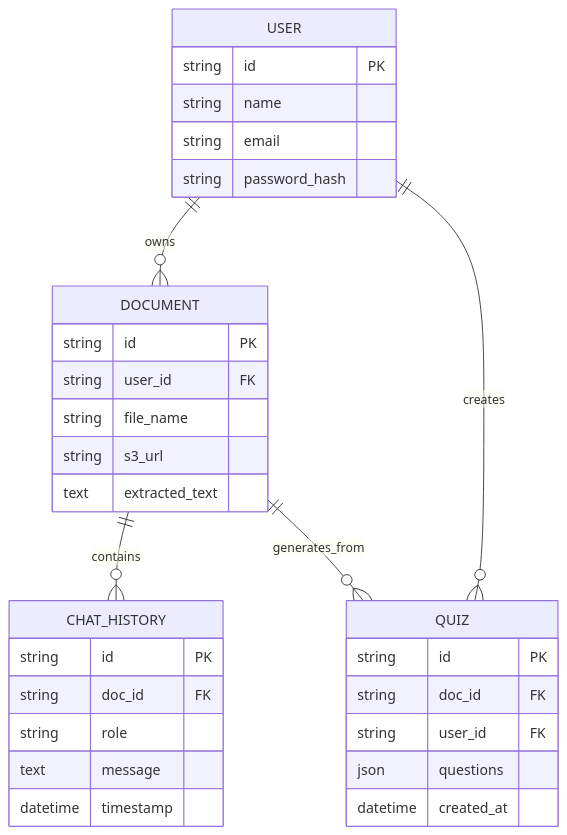
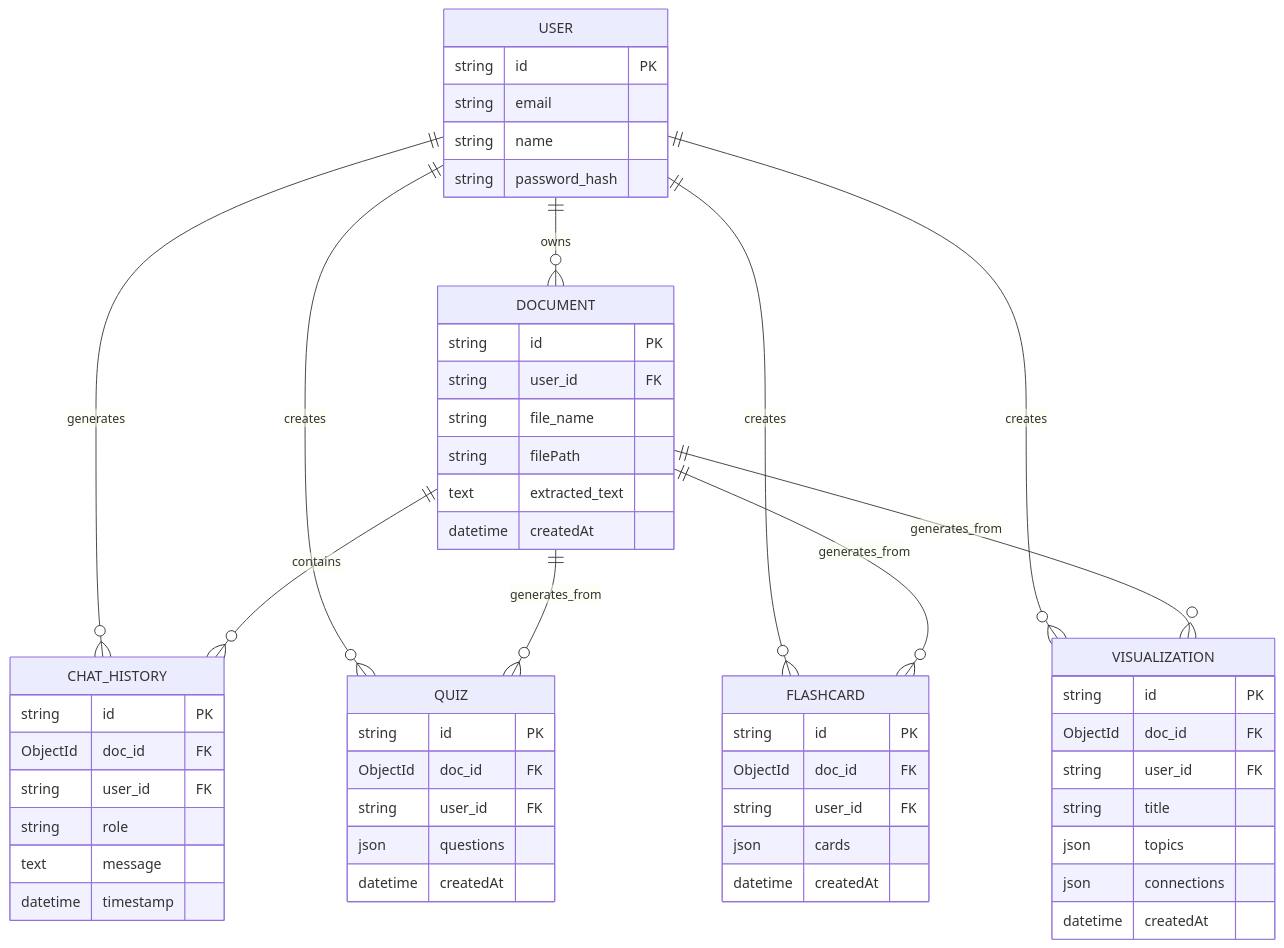
The diagram in ErDiagram.md (Vegapunk-debug/the-professor), drawn with Mermaid before and after one commit. The commit also changed 4 other files, not shown here.

````diff
--- a/ErDiagram.md
+++ b/ErDiagram.md
@@ -1,38 +1,63 @@
 ```mermaid
 erDiagram
     USER ||--o{ DOCUMENT : owns
     USER ||--o{ QUIZ : creates
+    USER ||--o{ FLASHCARD : creates
+    USER ||--o{ VISUALIZATION : creates
+    USER ||--o{ CHAT_HISTORY : generates
     DOCUMENT ||--o{ CHAT_HISTORY : contains
     DOCUMENT ||--o{ QUIZ : generates_from
+    DOCUMENT ||--o{ FLASHCARD : generates_from
+    DOCUMENT ||--o{ VISUALIZATION : generates_from
 
     USER {
         string id PK
+        string email
         string name
-        string email
         string password_hash
     }
 
     DOCUMENT {
         string id PK
         string user_id FK
         string file_name
-        string s3_url
+        string filePath
         text extracted_text
+        datetime createdAt
     }
 
     QUIZ {
         string id PK
-        string doc_id FK
+        ObjectId doc_id FK
         string user_id FK
         json questions
-        datetime created_at
+        datetime createdAt
+    }
+
+    FLASHCARD {
+        string id PK
+        ObjectId doc_id FK
+        string user_id FK
+        json cards
+        datetime createdAt
+    }
+
+    VISUALIZATION {
+        string id PK
+        ObjectId doc_id FK
+        string user_id FK
+        string title
+        json topics
+        json connections
+        datetime createdAt
     }
 
     CHAT_HISTORY {
         string id PK
-        string doc_id FK
+        ObjectId doc_id FK
+        string user_id FK
         string role
         text message
         datetime timestamp
     }
 ```
````
